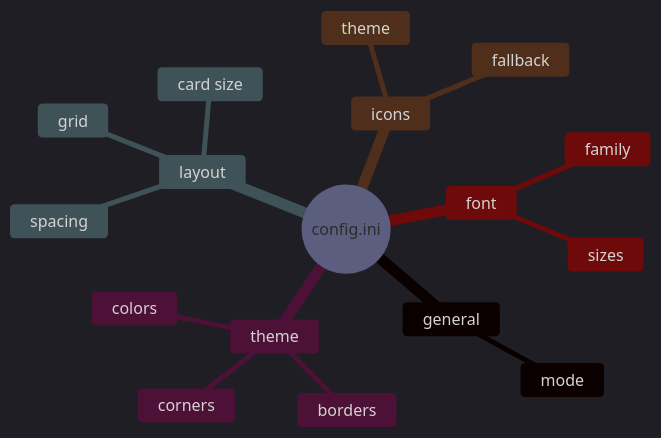
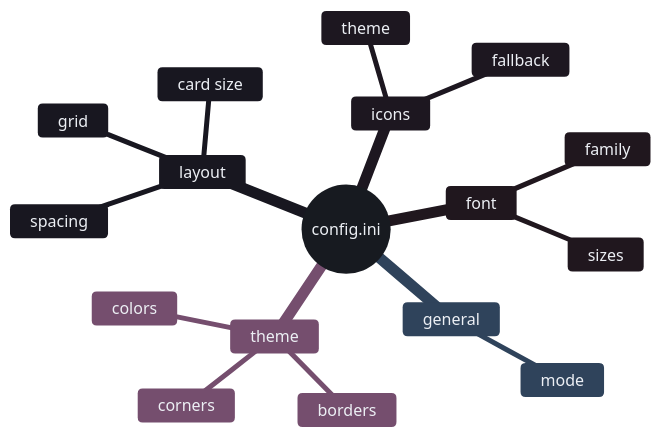
One commit to OpalAayan/snappy-switcher changed the first of 5 diagrams in docs/CONFIGURATION.md. Above: the diagram before and after it, drawn with Mermaid. The commit also changed 1 other file, not shown here.

````diff
--- a/docs/CONFIGURATION.md
+++ b/docs/CONFIGURATION.md
@@ -39,21 +39,34 @@
 ```mermaid
-%%{init: {'theme': 'dark', 'themeVariables': { 'primaryColor': '#45475a', 'primaryTextColor': '#cdd6f4', 'primaryBorderColor': '#89b4fa', 'lineColor': '#6c7086', 'secondaryColor': '#313244', 'tertiaryColor': '#1e1e2e'}}}%%
+%%{
+  init: {
+    'theme': 'base',
+    'themeVariables': {
+      'primaryColor': '#4c566a',
+      'primaryTextColor': '#eceff4',
+      'primaryBorderColor': '#88c0d0',
+      'lineColor': '#81a1c1',
+      'secondaryColor': '#5e81ac',
+      'tertiaryColor': '#b48ead',
+      'fontFamily': 'arial'
+    }
+  }
+}%%
 mindmap
   root((config.ini))
     general
       mode
     theme
       colors
       borders
       corners
     layout
       card size
       spacing
       grid
     icons
       theme
       fallback
     font
       family
       sizes
 ```
````
